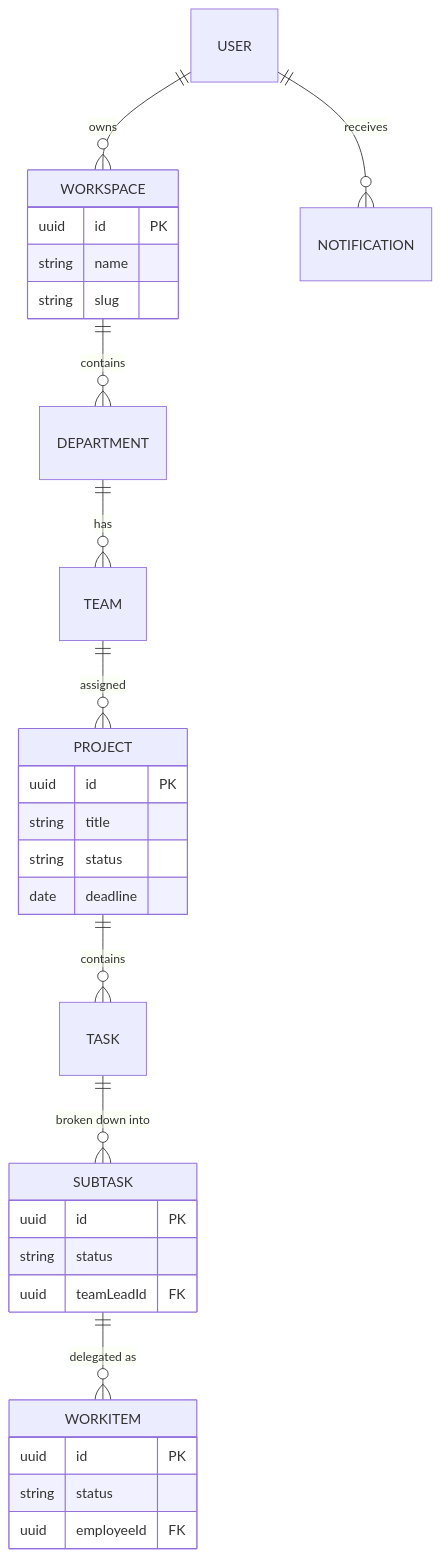
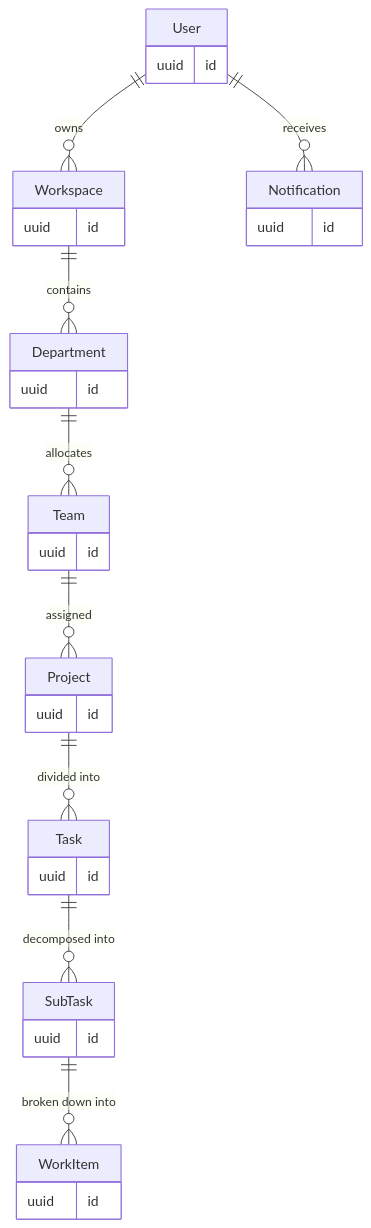
One commit to DarshanModi07/Synapse changed diagram 11 of 12 in README.md. Above: the diagram before and after it, drawn with Mermaid. The commit also changed other lines of this file, not shown here.

````diff
--- a/README.md
+++ b/README.md
@@ -133,33 +174,39 @@
 ```mermaid
 erDiagram
-    USER ||--o{ WORKSPACE : "owns"
-    USER ||--o{ NOTIFICATION : "receives"
-    WORKSPACE ||--o{ DEPARTMENT : "contains"
-    DEPARTMENT ||--o{ TEAM : "has"
-    TEAM ||--o{ PROJECT : "assigned"
-    PROJECT ||--o{ TASK : "contains"
-    TASK ||--o{ SUBTASK : "broken down into"
-    SUBTASK ||--o{ WORKITEM : "delegated as"
+    User ||--o{ Workspace : "owns"
+    User ||--o{ Notification : "receives"
+    Workspace ||--o{ Department : "contains"
+    Department ||--o{ Team : "allocates"
+    Team ||--o{ Project : "assigned"
+    Project ||--o{ Task : "divided into"
+    Task ||--o{ SubTask : "decomposed into"
+    SubTask ||--o{ WorkItem : "broken down into"
 
-    WORKSPACE {
-        uuid id PK
-        string name
-        string slug
+    User {
+        uuid id
     }
-    PROJECT {
-        uuid id PK
-        string title
-        string status
-        date deadline
+    Workspace {
+        uuid id
     }
-    SUBTASK {
-        uuid id PK
-        string status
-        uuid teamLeadId FK
+    Department {
+        uuid id
     }
-    WORKITEM {
-        uuid id PK
-        string status
-        uuid employeeId FK
+    Team {
+        uuid id
+    }
+    Project {
+        uuid id
+    }
+    Task {
+        uuid id
+    }
+    SubTask {
+        uuid id
+    }
+    WorkItem {
+        uuid id
+    }
+    Notification {
+        uuid id
     }
 ```
````
